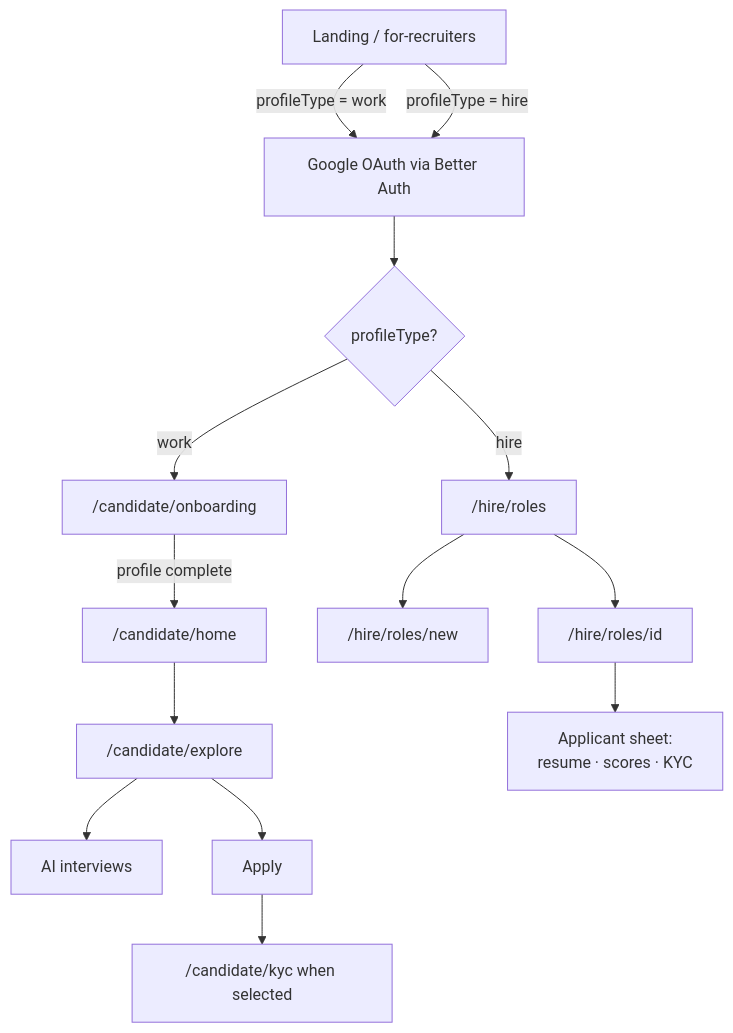
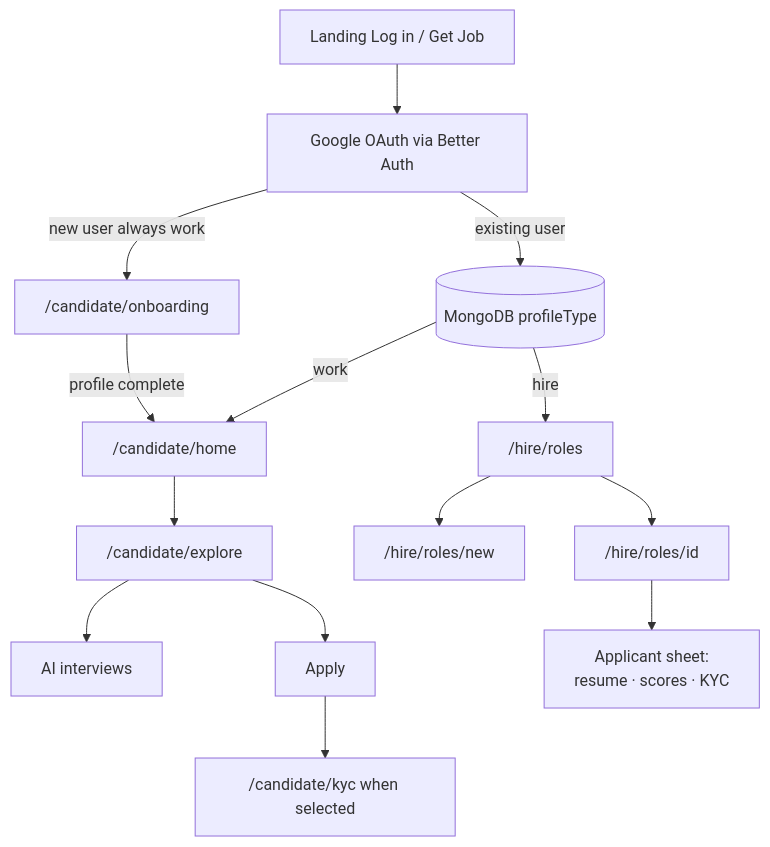
The second of 8 diagrams in README.md (Agentic-Labs-India/Project-Bluecollarz), drawn with Mermaid before and after one commit. The commit also changed other lines of this file and 13 other files, not shown here.

````diff
--- a/README.md
+++ b/README.md
@@ -110,22 +110,23 @@
 ```mermaid
 flowchart TD
-  Landing[Landing / for-recruiters]
+  Landing[Landing Log in / Get Job]
   Google[Google OAuth via Better Auth]
+  DB[(MongoDB profileType)]
 
-  Landing -->|profileType = work| Google
-  Landing -->|profileType = hire| Google
+  Landing --> Google
+  Google -->|new user always work| Onboard["/candidate/onboarding"]
+  Onboard -->|profile complete| Home["/candidate/home"]
 
-  Google --> Work{profileType?}
-  Work -->|work| Onboard["/candidate/onboarding"]
-  Onboard -->|profile complete| Home["/candidate/home"]
-  Work -->|hire| Roles["/hire/roles"]
+  Google -->|existing user| DB
+  DB -->|work| Home
+  DB -->|hire| Roles["/hire/roles"]
 
   Home --> Explore["/candidate/explore"]
   Explore --> Interviews[AI interviews]
   Explore --> Apply[Apply]
   Apply --> KYC["/candidate/kyc when selected"]
 
   Roles --> NewRole["/hire/roles/new"]
   Roles --> Applicants["/hire/roles/id"]
   Applicants --> Sheet[Applicant sheet:<br/>resume · scores · KYC]
 ```
````
